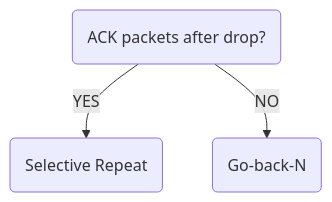
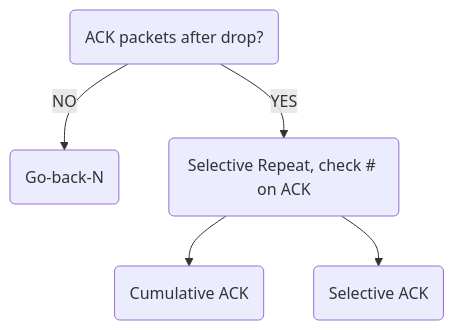
Before and after one commit to benwang2/obsidian-f22: the diagram in Rutgers/2022 Fall/352/Notes/Lecture 13.md, drawn with Mermaid. The commit also changed other lines of this file and 1 other file, not shown here.

````diff
--- a/Rutgers/2022 Fall/352/Notes/Lecture 13.md
+++ b/Rutgers/2022 Fall/352/Notes/Lecture 13.md
@@ -15,8 +14,8 @@
 ```mermaid
 flowchart TD 
-	ROOT(ACK packets after drop?) -- YES --> YES
 	ROOT(ACK packets after drop?) -- NO --> NO
 	NO(Go-back-N)
-	YES(Selective Repeat)
-	
+	ROOT(ACK packets after drop?) -- YES --> YES
+	YES(Selective Repeat, check # on ACK) --> CUMULATIVE(Cumulative ACK)
+	YES --> SELECTIVE(Selective ACK)
 ```
````
